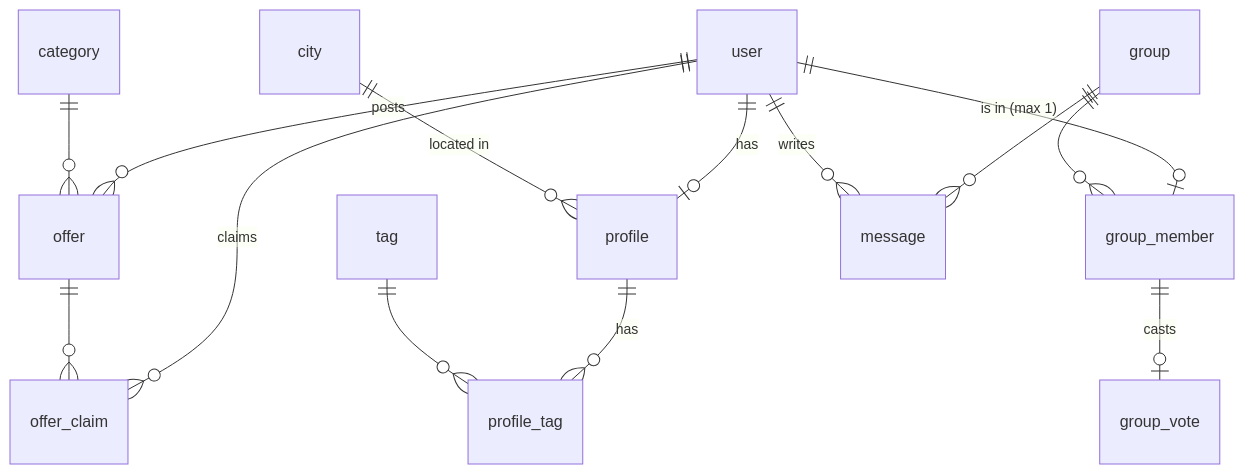
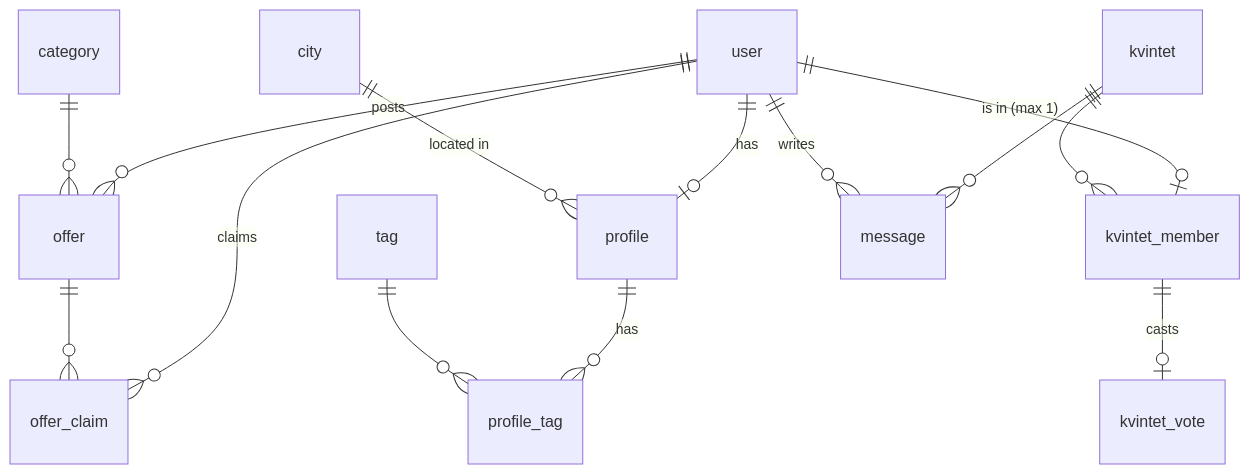
Before and after one commit to applifting-vsecourse/team-6: the diagram in docs/ARCHITECTURE.md, drawn with Mermaid. The commit also changed other lines of this file, not shown here.

First line of the commit message:
Trim architecture doc into an agent guide

````diff
--- a/docs/ARCHITECTURE.md
+++ b/docs/ARCHITECTURE.md
@@ -82,16 +53,16 @@
 ```mermaid
 erDiagram
   user ||--o| profile : has
   user ||--o{ offer : posts
   user ||--o{ offer_claim : claims
-  user ||--o| group_member : "is in (max 1)"
+  user ||--o| kvintet_member : "is in (max 1)"
   profile ||--o{ profile_tag : has
   tag ||--o{ profile_tag : ""
   city ||--o{ profile : "located in"
   category ||--o{ offer : ""
   offer ||--o{ offer_claim : ""
-  group ||--o{ group_member : ""
-  group_member ||--o| group_vote : casts
-  group ||--o{ message : ""
+  kvintet ||--o{ kvintet_member : ""
+  kvintet_member ||--o| kvintet_vote : casts
+  kvintet ||--o{ message : ""
   user ||--o{ message : writes
 ```
````
